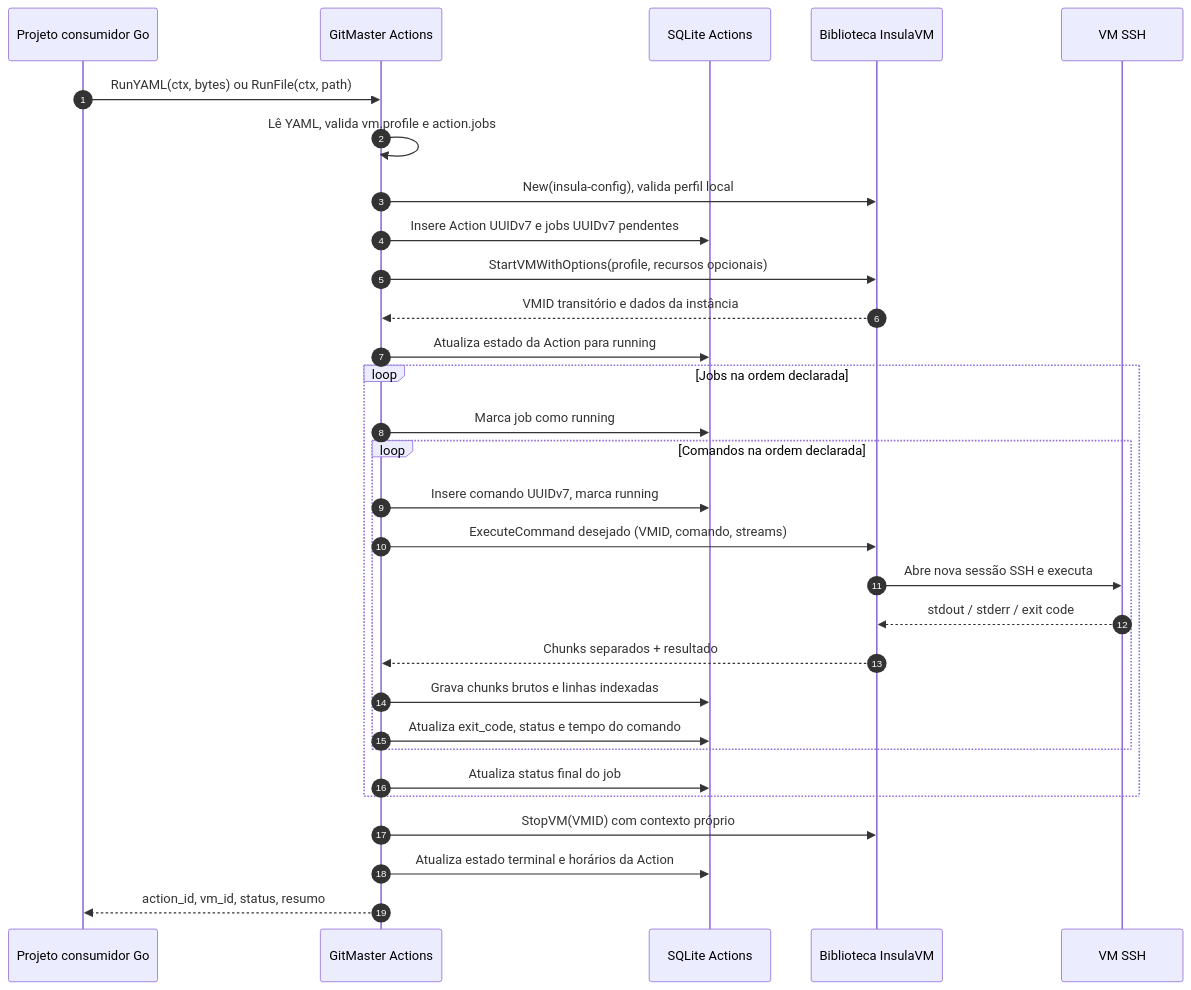
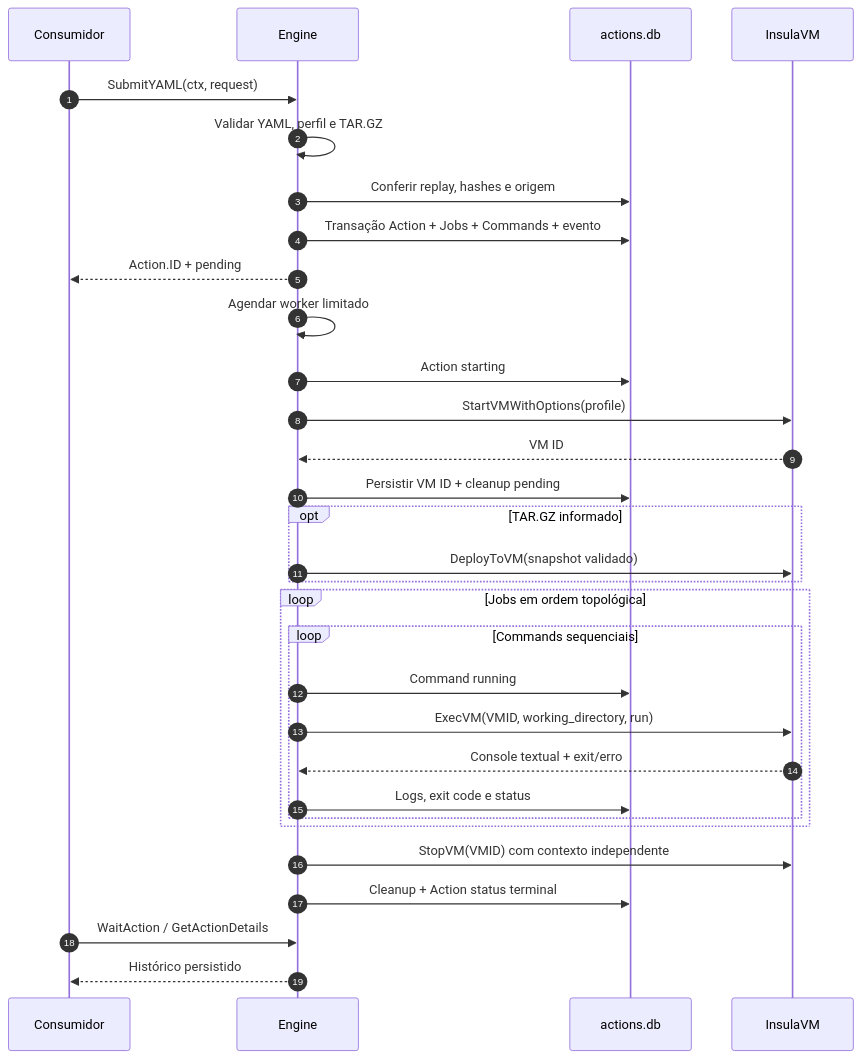
One commit to ahhvahh/gitmaster-actions changed the diagram in docs/fluxos/FLUX-001-execucao-action.md. Above: the diagram before and after it, drawn with Mermaid. The commit also changed other lines of this file and 22 other files, not shown here.

Commit message:
feat: unify durable action lifecycle and migrate legacy history into independent SQLite

````diff
--- a/docs/fluxos/FLUX-001-execucao-action.md
+++ b/docs/fluxos/FLUX-001-execucao-action.md
@@ -23,33 +16,33 @@
 ```mermaid
 sequenceDiagram
     autonumber
-    participant C as Projeto consumidor Go
-    participant A as GitMaster Actions
-    participant D as SQLite Actions
-    participant I as Biblioteca InsulaVM
-    participant V as VM SSH
-    C->>A: RunYAML(ctx, bytes) ou RunFile(ctx, path)
-    A->>A: Lê YAML, valida vm.profile e action.jobs
-    A->>I: New(insula-config), valida perfil local
-    A->>D: Insere Action UUIDv7 e jobs UUIDv7 pendentes
-    A->>I: StartVMWithOptions(profile, recursos opcionais)
-    I-->>A: VMID transitório e dados da instância
-    A->>D: Atualiza estado da Action para running
-
-    loop Jobs na ordem declarada
-        A->>D: Marca job como running
-        loop Comandos na ordem declarada
-            A->>D: Insere comando UUIDv7, marca running
-            A->>I: ExecuteCommand desejado (VMID, comando, streams)
-            I->>V: Abre nova sessão SSH e executa
-            V-->>I: stdout / stderr / exit code
-            I-->>A: Chunks separados + resultado
-            A->>D: Grava chunks brutos e linhas indexadas
-            A->>D: Atualiza exit_code, status e tempo do comando
+    participant C as Consumidor
+    participant A as Engine
+    participant D as actions.db
+    participant I as InsulaVM
+    C->>A: SubmitYAML(ctx, request)
+    A->>A: Validar YAML, perfil e TAR.GZ
+    A->>D: Conferir replay, hashes e origem
+    A->>D: Transação Action + Jobs + Commands + evento
+    A-->>C: Action.ID + pending
+    A->>A: Agendar worker limitado
+    A->>D: Action starting
+    A->>I: StartVMWithOptions(profile)
+    I-->>A: VM ID
+    A->>D: Persistir VM ID + cleanup pending
+    opt TAR.GZ informado
+        A->>I: DeployToVM(snapshot validado)
+    end
+    loop Jobs em ordem topológica
+        loop Commands sequenciais
+            A->>D: Command running
+            A->>I: ExecVM(VMID, working_directory, run)
+            I-->>A: Console textual + exit/erro
+            A->>D: Logs, exit code e status
         end
-        A->>D: Atualiza status final do job
     end
-    A->>I: StopVM(VMID) com contexto próprio
-    A->>D: Atualiza estado terminal e horários da Action
-    A-->>C: action_id, vm_id, status, resumo
+    A->>I: StopVM(VMID) com contexto independente
+    A->>D: Cleanup + Action status terminal
+    C->>A: WaitAction / GetActionDetails
+    A-->>C: Histórico persistido
 ```
````
